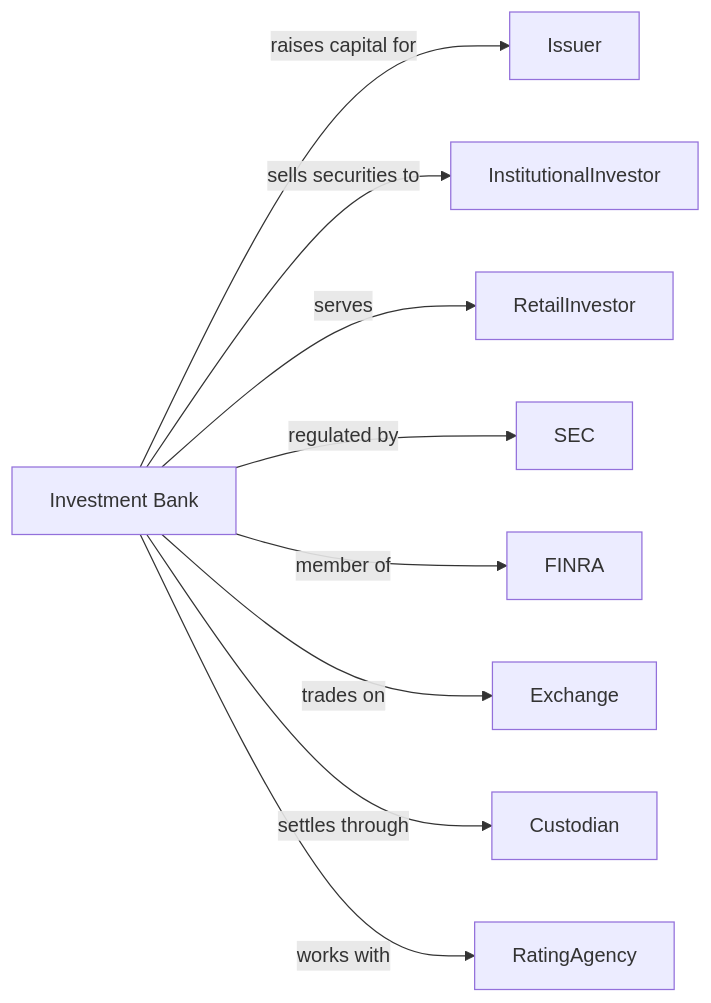
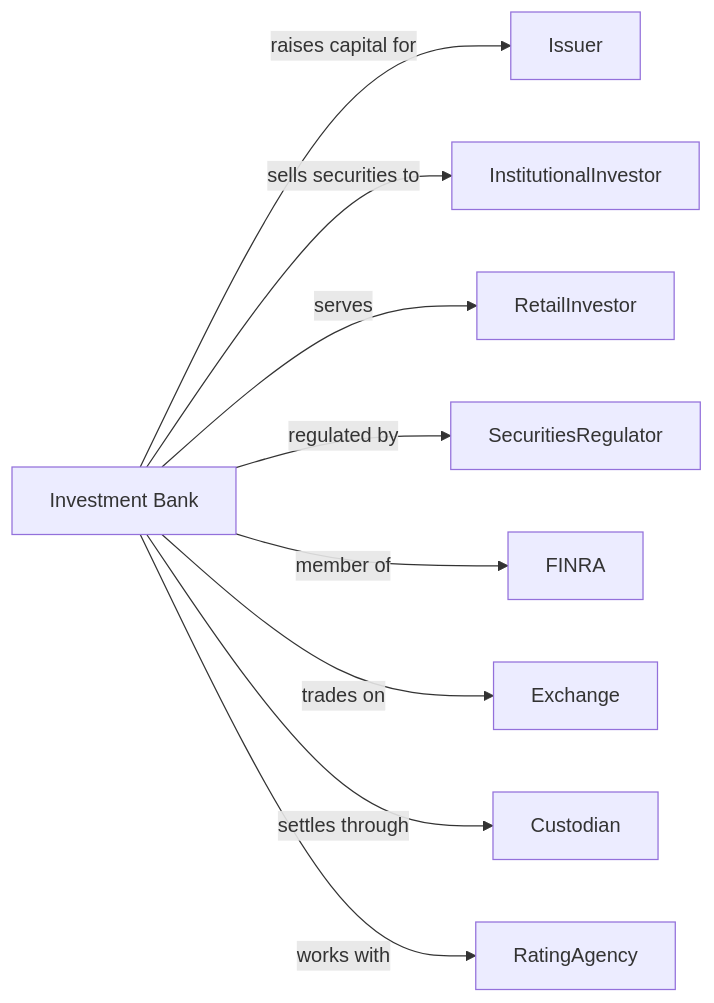
One commit to dot-org-ai/industries.org.ai changed the second of 2 diagrams in Finance/SecuritiesCommodityContractsAndOtherFinancialInvestmentsAndRelatedActivities/SecuritiesAndCommodityContractsIntermediationAndBrokerage/InvestmentBankingAndSecuritiesIntermediation.mdx. Above: the diagram before and after it, drawn with Mermaid. The commit also changed other lines of this file and 639 other files, not shown here.

````diff
--- a/Finance/SecuritiesCommodityContractsAndOtherFinancialInvestmentsAndRelatedActivities/SecuritiesAndCommodityContractsIntermediationAndBrokerage/InvestmentBankingAndSecuritiesIntermediation.mdx
+++ b/Finance/SecuritiesCommodityContractsAndOtherFinancialInvestmentsAndRelatedActivities/SecuritiesAndCommodityContractsIntermediationAndBrokerage/InvestmentBankingAndSecuritiesIntermediation.mdx
@@ -122,13 +122,13 @@
 ```mermaid
 graph LR
     IB[Investment Bank]
 
     IB -->|raises capital for| Issuer
     IB -->|sells securities to| InstitutionalInvestor
     IB -->|serves| RetailInvestor
-    IB -->|regulated by| SEC
+    IB -->|regulated by| SecuritiesRegulator
     IB -->|member of| FINRA
     IB -->|trades on| Exchange
     IB -->|settles through| Custodian
     IB -->|works with| RatingAgency
 ```
````
